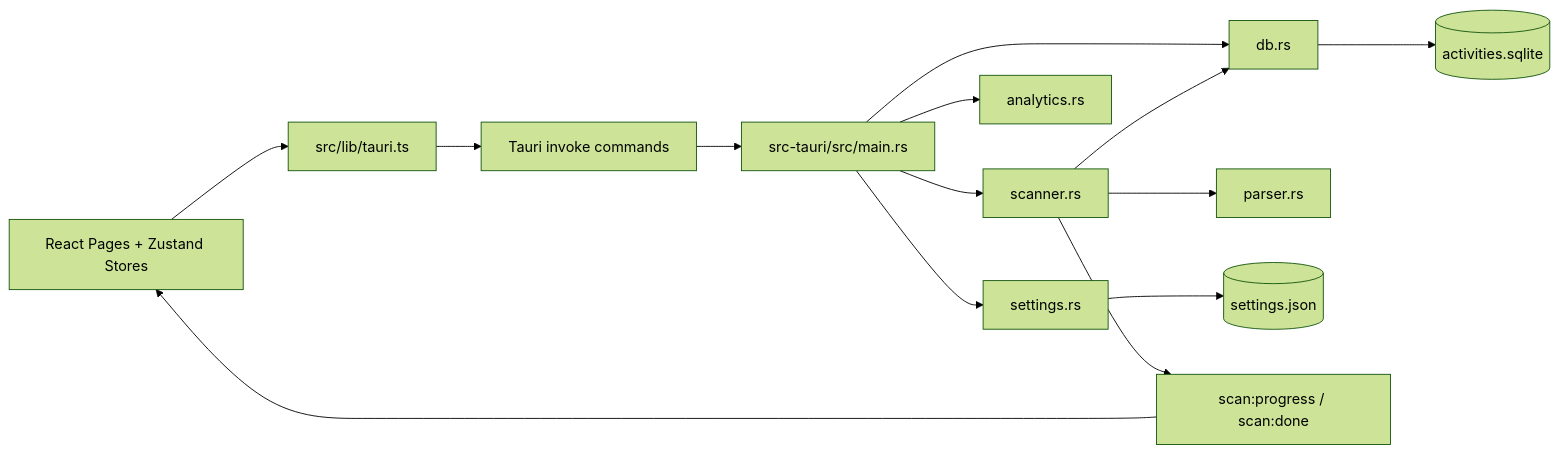
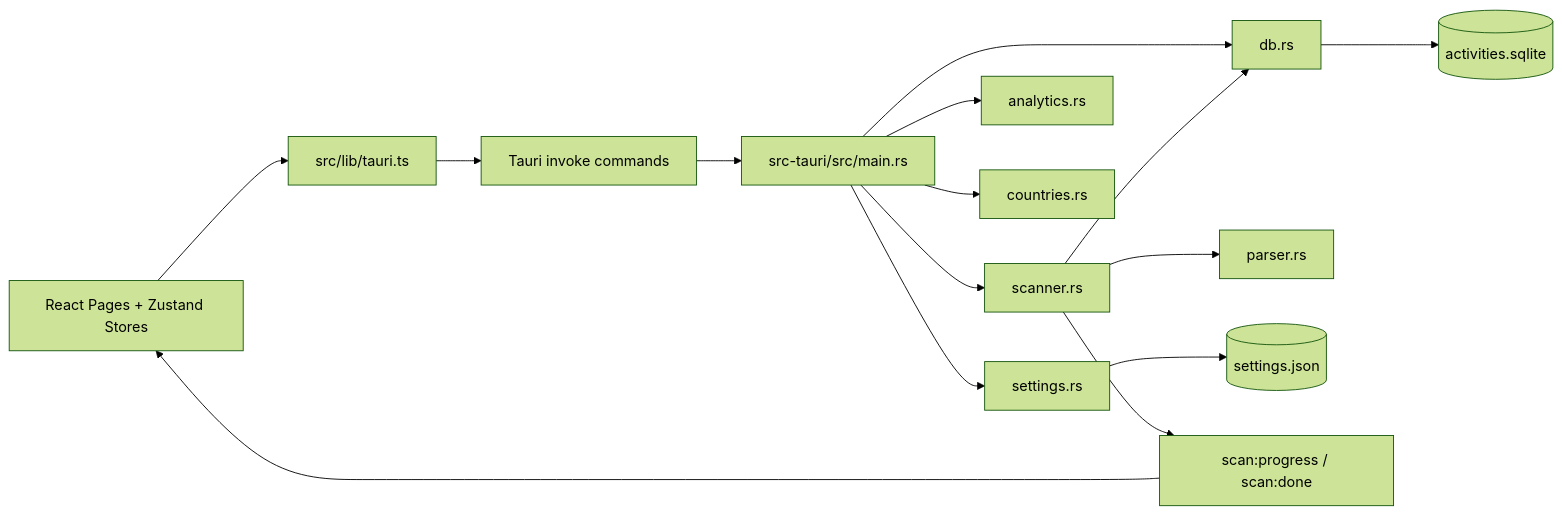
One commit to ericceg/trajectory changed the diagram in docs/DEVELOPER_GUIDE.md. Above: the diagram before and after it, drawn with Mermaid (forest theme). The commit also changed other lines of this file and 13 other files, not shown here.

````diff
--- a/docs/DEVELOPER_GUIDE.md
+++ b/docs/DEVELOPER_GUIDE.md
@@ -118,16 +119,17 @@
 ```mermaid
 flowchart LR
   UI[React Pages + Zustand Stores] --> Bridge[src/lib/tauri.ts]
   Bridge --> TauriInvoke[Tauri invoke commands]
   TauriInvoke --> Main[src-tauri/src/main.rs]
   Main --> Scanner[scanner.rs]
   Main --> DB[db.rs]
   Main --> Analytics[analytics.rs]
+  Main --> Countries[countries.rs]
   Main --> Settings[settings.rs]
   Scanner --> Parser[parser.rs]
   Scanner --> DB
   DB --> SQLite[(activities.sqlite)]
   Settings --> SettingsFile[(settings.json)]
   Scanner --> Events[scan:progress / scan:done]
   Events --> UI
 ```
````
